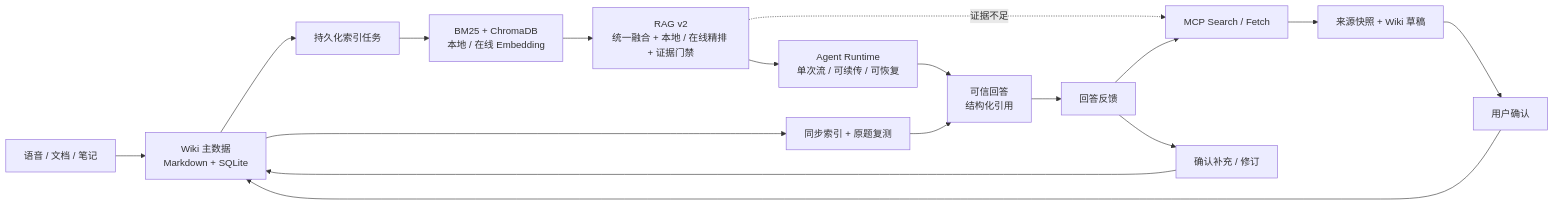
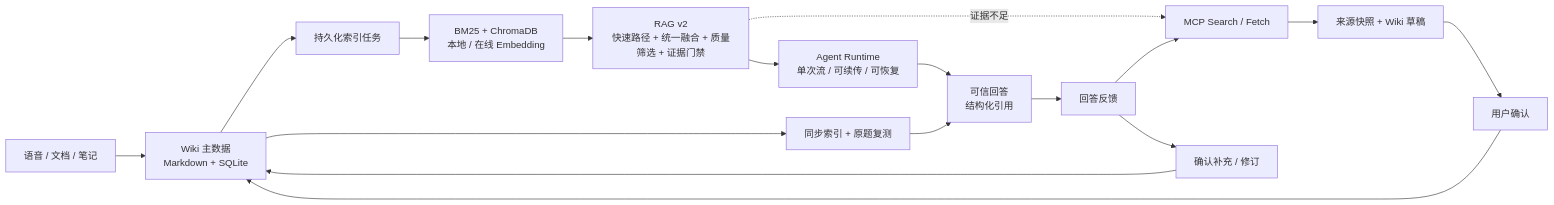
Before and after one commit to 3336-zheng/zhiyu-voice-assistant: the diagram in README.md, drawn with Mermaid. The commit also changed other lines of this file, not shown here.

````diff
--- a/README.md
+++ b/README.md
@@ -42,19 +42,19 @@
 ```mermaid
 flowchart LR
     A["语音 / 文档 / 笔记"] --> B["Wiki 主数据<br/>Markdown + SQLite"]
     B --> C["持久化索引任务"]
     C --> D["BM25 + ChromaDB<br/>本地 / 在线 Embedding"]
-    D --> E["RAG v2<br/>统一融合 + 本地 / 在线精排 + 证据门禁"]
+    D --> E["RAG v2<br/>快速路径 + 统一融合 + 质量筛选 + 证据门禁"]
     E --> F["Agent Runtime<br/>单次流 / 可续传 / 可恢复"]
     F --> G["可信回答<br/>结构化引用"]
     E -.证据不足.-> H["MCP Search / Fetch"]
     H --> I["来源快照 + Wiki 草稿"]
     I --> J["用户确认"]
     J --> B
     G --> K["回答反馈"]
     K --> H
     K --> L["确认补充 / 修订"]
     L --> B
     B --> M["同步索引 + 原题复测"]
     M --> G
 ```
````
